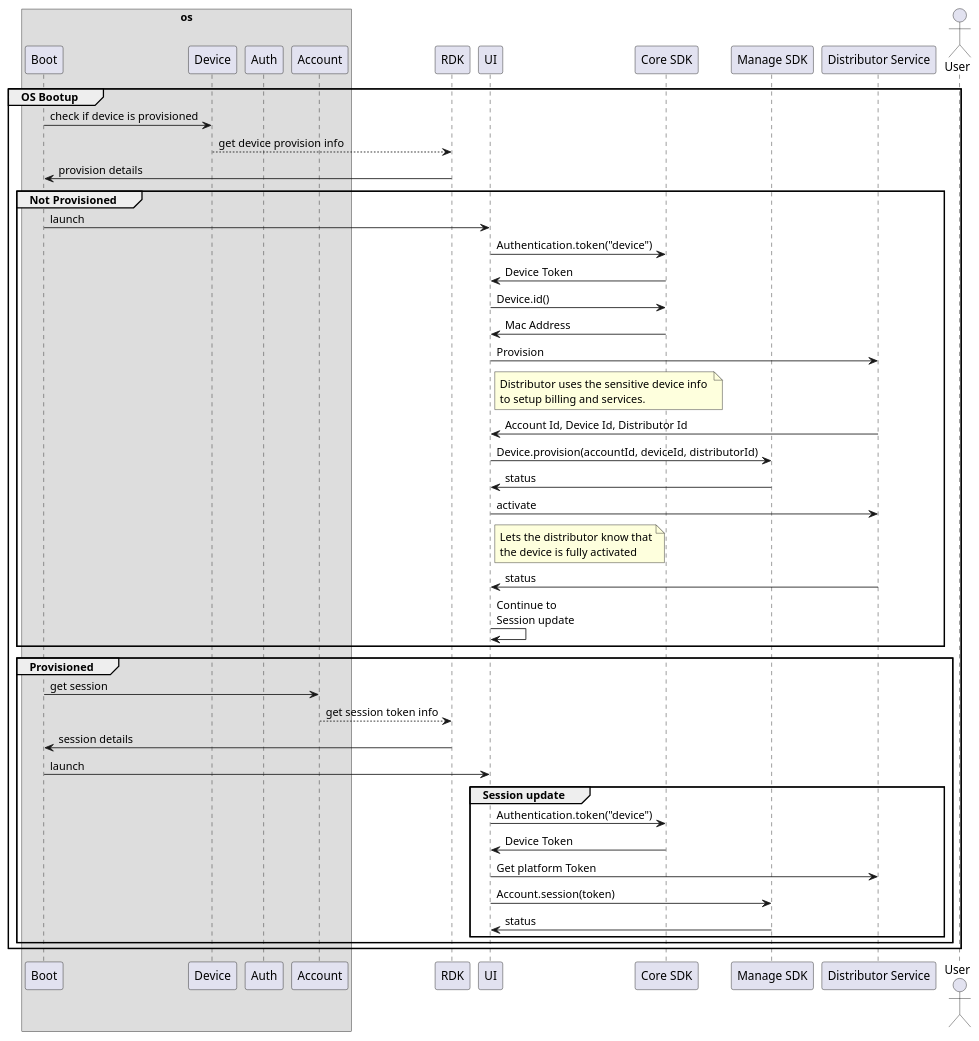
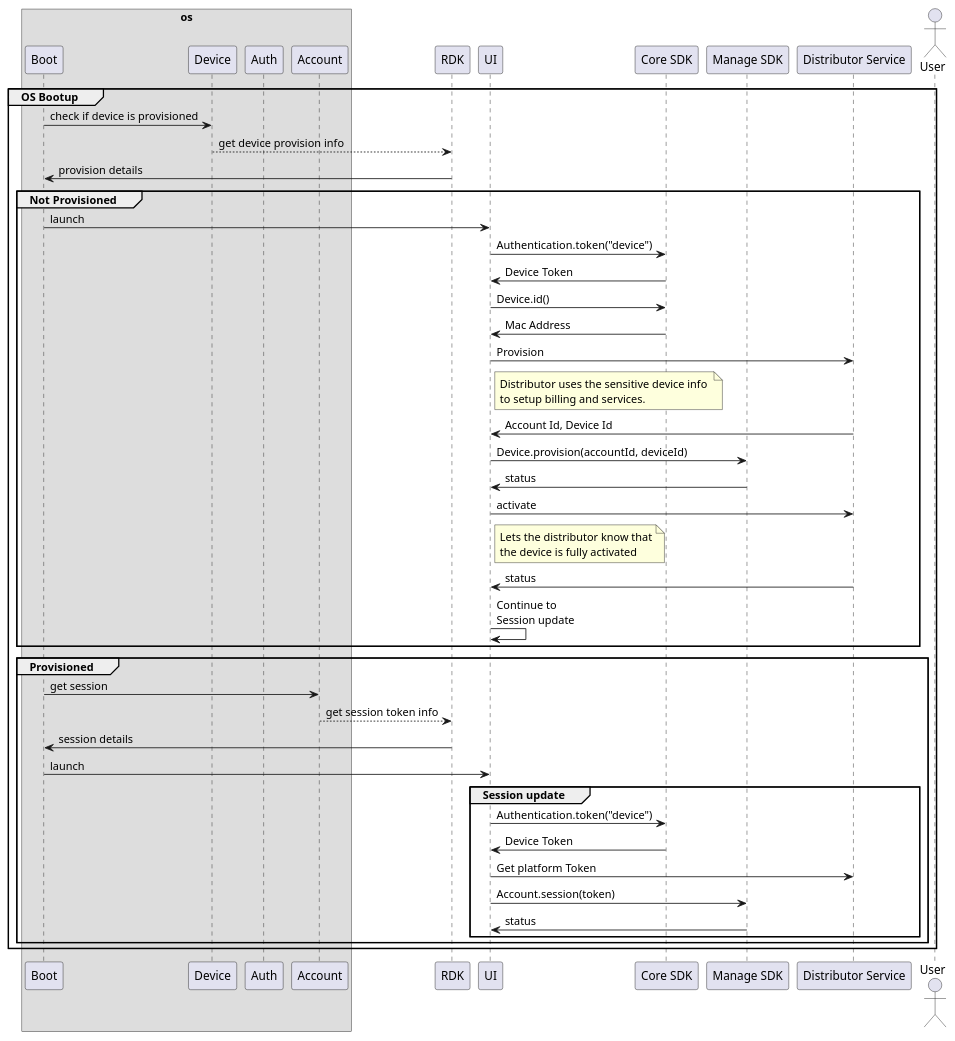
The diagram in src/diagrams/provision.puml (rdkcentral/ripple-rpc), drawn with PlantUML before and after one commit. The commit also changed 1 other file, not shown here.

```diff
--- a/src/diagrams/provision.puml
+++ b/src/diagrams/provision.puml
@@ -1,54 +1,54 @@
 @startuml
 
 box os
     participant boot as "Boot"
     participant device as "Device"
     participant auth as "Auth"
     participant account as "Account"
 end box
 participant rdk as "RDK"
 participant ui as "UI"
 
 participant core as "Core SDK"
 participant manage as "Manage SDK"
 participant distributor as "Distributor Service"
 actor user as "User"
 
 group OS Bootup
     boot -> device: check if device is provisioned
     device --> rdk : get device provision info
     rdk -> boot : provision details
     group Not Provisioned
         boot -> ui :launch
         ui -> core:Authentication.token("device")
         core -> ui:Device Token
         ui -> core:Device.id()
         core -> ui:Mac Address
         ui -> distributor:Provision
         note right of ui: Distributor uses the sensitive device info \nto setup billing and services.
-        distributor -> ui:Account Id, Device Id, Distributor Id
-        ui -> manage:Device.provision(accountId, deviceId, distributorId)
+        distributor -> ui:Account Id, Device Id
+        ui -> manage:Device.provision(accountId, deviceId)
         manage -> ui:status
         ui -> distributor:activate
         note right of ui: Lets the distributor know that\nthe device is fully activated
         distributor -> ui: status
         ui -> ui:Continue to \nSession update
     end
     group Provisioned
         boot -> account : get session
         account --> rdk: get session token info
         rdk -> boot : session details
         boot -> ui :launch
         group Session update
             ui -> core:Authentication.token("device")
             core -> ui:Device Token
             ui -> distributor:Get platform Token
             ui -> manage:Account.session(token)
             manage -> ui:status
         end
     end
 
 end
 
 
 @enduml
```
